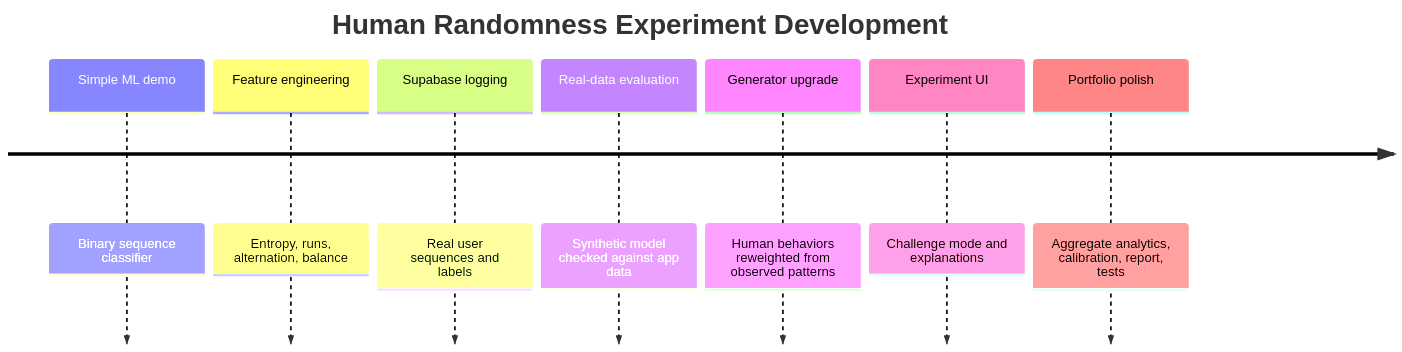
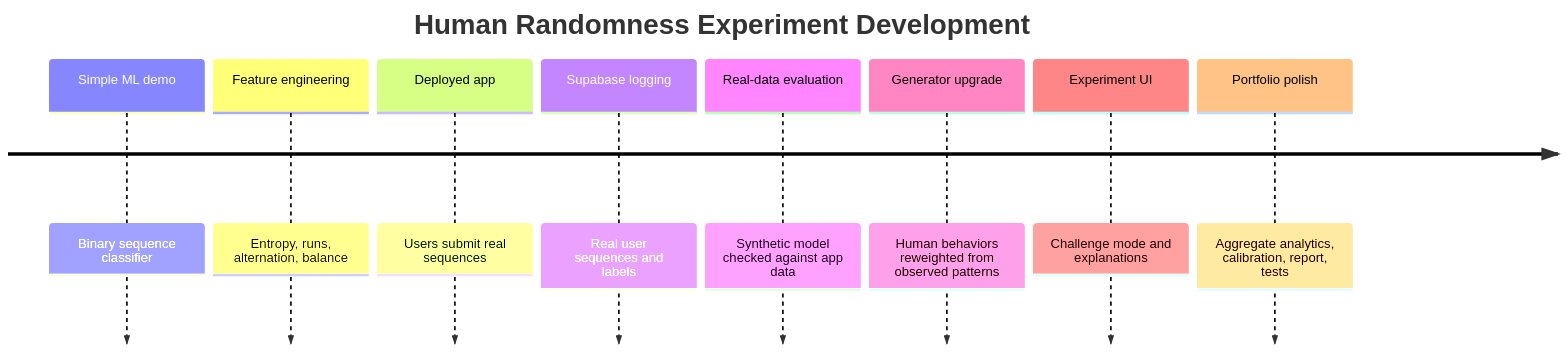
The first of 5 diagrams in REPORT.md (jarems421/human-random-detector), drawn with Mermaid before and after one commit. The commit also changed other lines of this file and 2 other files, not shown here.

Commit message:
Emphasize self-collected real data loop

````diff
--- a/REPORT.md
+++ b/REPORT.md
@@ -13,11 +13,12 @@
 ```mermaid
 timeline
     title Human Randomness Experiment Development
     Simple ML demo : Binary sequence classifier
     Feature engineering : Entropy, runs, alternation, balance
+    Deployed app : Users submit real sequences
     Supabase logging : Real user sequences and labels
     Real-data evaluation : Synthetic model checked against app data
     Generator upgrade : Human behaviors reweighted from observed patterns
     Experiment UI : Challenge mode and explanations
     Portfolio polish : Aggregate analytics, calibration, report, tests
 ```
````
